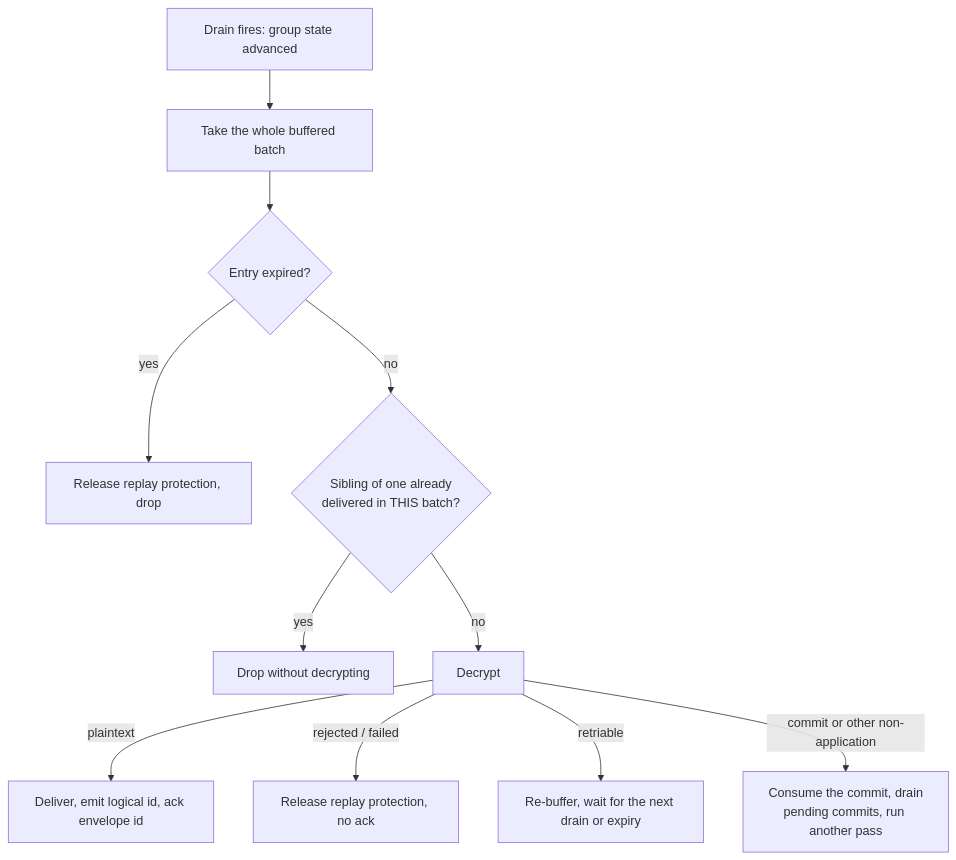
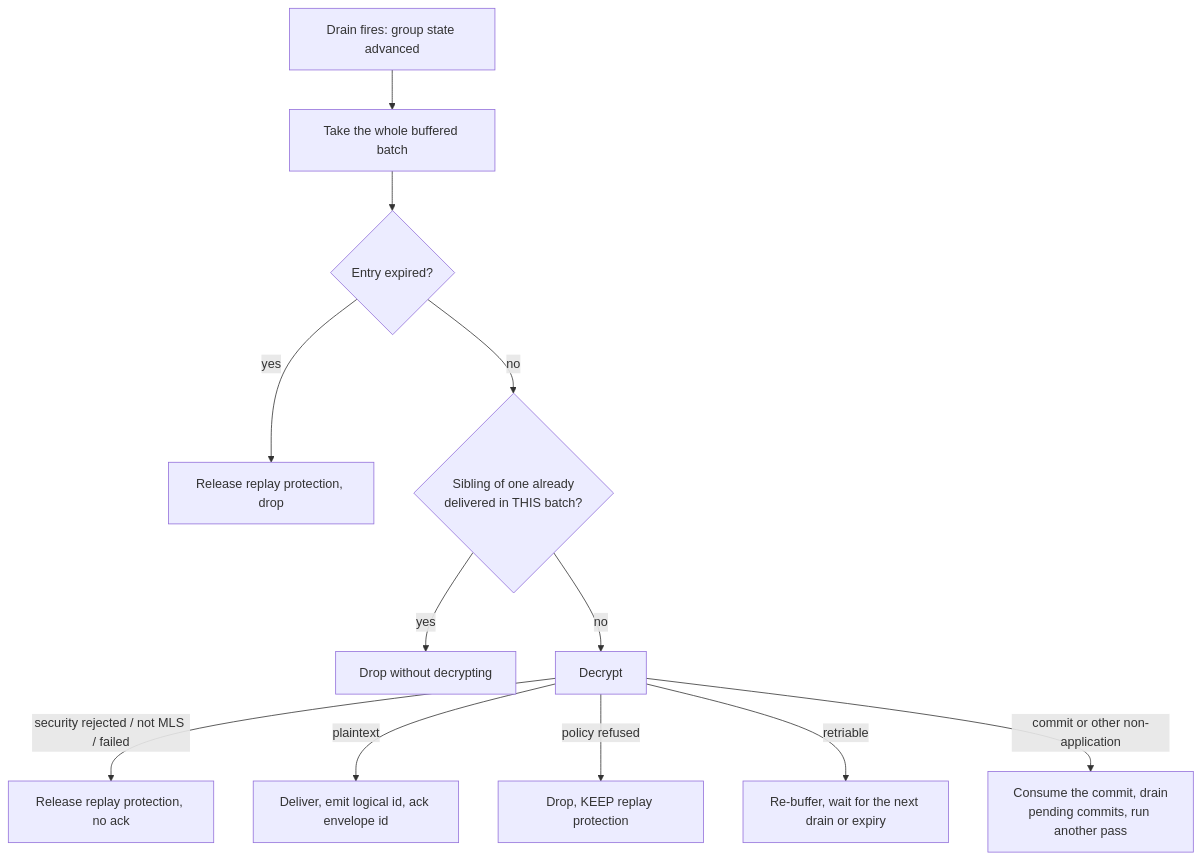
The third of 4 diagrams in docs/state-machines/group-message-lifecycle.md (Offline-Protocol/offline-protocol-sdk), drawn with Mermaid before and after one commit. The commit also changed other lines of this file and 10 other files, not shown here.

````diff
--- a/docs/state-machines/group-message-lifecycle.md
+++ b/docs/state-machines/group-message-lifecycle.md
@@ -160,13 +161,14 @@
 ```mermaid
 flowchart TD
     D[Drain fires: group state advanced] --> B[Take the whole buffered batch]
     B --> E{Entry expired?}
     E -->|yes| X[Release replay protection, drop]
     E -->|no| S{Sibling of one already<br/>delivered in THIS batch?}
     S -->|yes| Y[Drop without decrypting]
     S -->|no| C[Decrypt]
+    C -->|security rejected / not MLS / failed| R[Release replay protection, no ack]
     C -->|plaintext| DL[Deliver, emit logical id, ack envelope id]
-    C -->|rejected / failed| R[Release replay protection, no ack]
+    C -->|policy refused| P[Drop, KEEP replay protection]
     C -->|retriable| RB[Re-buffer, wait for the next drain or expiry]
     C -->|commit or other non-application| NA[Consume the commit, drain<br/>pending commits, run another pass]
 ```
````
